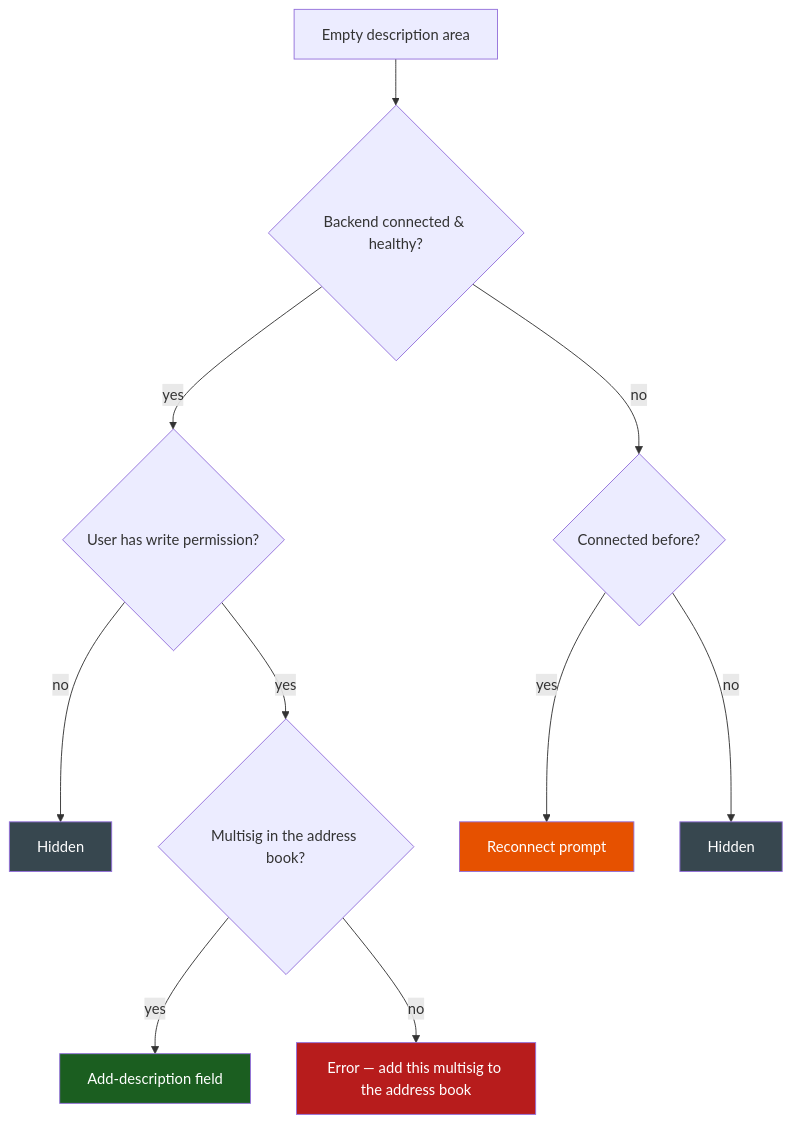
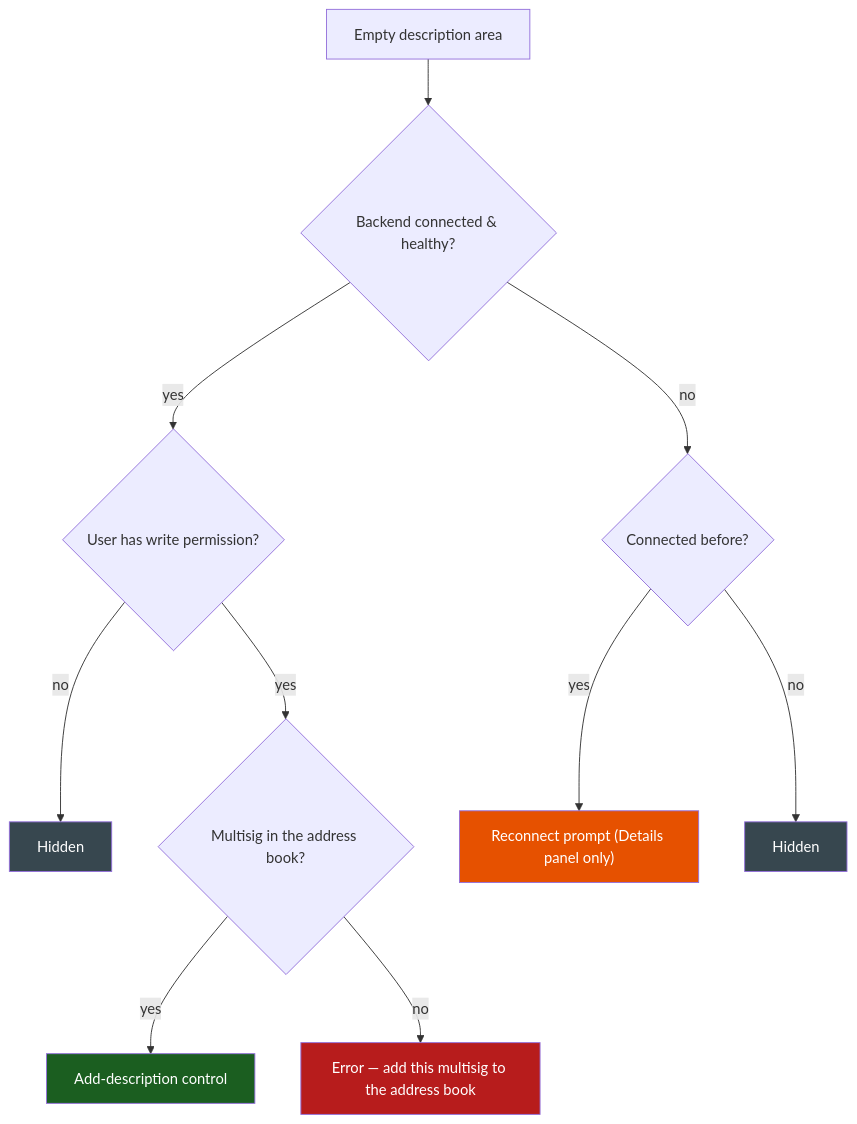
One commit to novasamatech/nova-spektr changed the first of 2 diagrams in src/renderer/features/multisig-operations/README.md. Above: the diagram before and after it, drawn with Mermaid. The commit also changed other lines of this file and 67 other files, not shown here.

````diff
--- a/src/renderer/features/multisig-operations/README.md
+++ b/src/renderer/features/multisig-operations/README.md
@@ -207,18 +254,18 @@
 ```mermaid
 flowchart TD
     START["Empty description area"] --> H{"Backend connected & healthy?"}
     H -- "yes" --> P{"User has write permission?"}
     P -- "no" --> HIDDEN1["Hidden"]
     P -- "yes" --> B{"Multisig in the address book?"}
-    B -- "yes" --> FIELD["Add-description field"]
+    B -- "yes" --> FIELD["Add-description control"]
     B -- "no" --> ERROR["Error — add this multisig to the address book"]
     H -- "no" --> E{"Connected before?"}
-    E -- "yes" --> RECONNECT["Reconnect prompt"]
+    E -- "yes" --> RECONNECT["Reconnect prompt (Details panel only)"]
     E -- "no" --> HIDDEN2["Hidden"]
 
     style FIELD fill:#1b5e20,color:#fff
     style ERROR fill:#b71c1c,color:#fff
     style RECONNECT fill:#e65100,color:#fff
     style HIDDEN1 fill:#37474f,color:#fff
     style HIDDEN2 fill:#37474f,color:#fff
 ```
````
